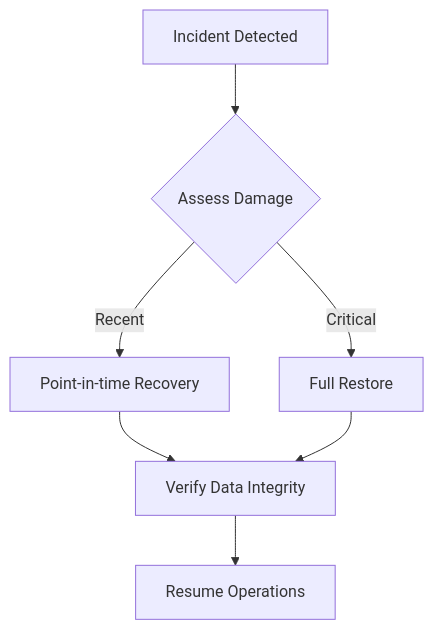
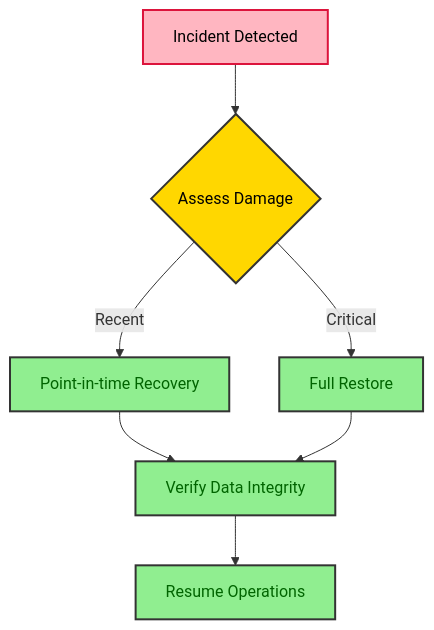
The third of 5 diagrams in .claude/skills/design-doc-mermaid/assets/database-design-template.md (kasiopeiya/claude-dev-template), drawn with Mermaid before and after one commit. The commit also changed other lines of this file and 5 other files, not shown here.

````diff
--- a/.claude/skills/design-doc-mermaid/assets/database-design-template.md
+++ b/.claude/skills/design-doc-mermaid/assets/database-design-template.md
@@ -454,16 +433,24 @@
 ```mermaid
 flowchart TD
     Incident[Incident Detected]
     Assess{Assess Damage}
     PointInTime[Point-in-time Recovery]
     FullRestore[Full Restore]
     Verify[Verify Data Integrity]
     Resume[Resume Operations]
 
     Incident --> Assess
     Assess -->|Recent| PointInTime
     Assess -->|Critical| FullRestore
     PointInTime --> Verify
     FullRestore --> Verify
     Verify --> Resume
+
+    classDef step fill:#90EE90,stroke:#333,stroke-width:2px,color:darkgreen
+    classDef decision fill:#FFD700,stroke:#333,stroke-width:2px,color:black
+    classDef error fill:#FFB6C1,stroke:#DC143C,stroke-width:2px,color:black
+
+    class PointInTime,FullRestore,Verify,Resume step
+    class Assess decision
+    class Incident error
 ```
````
